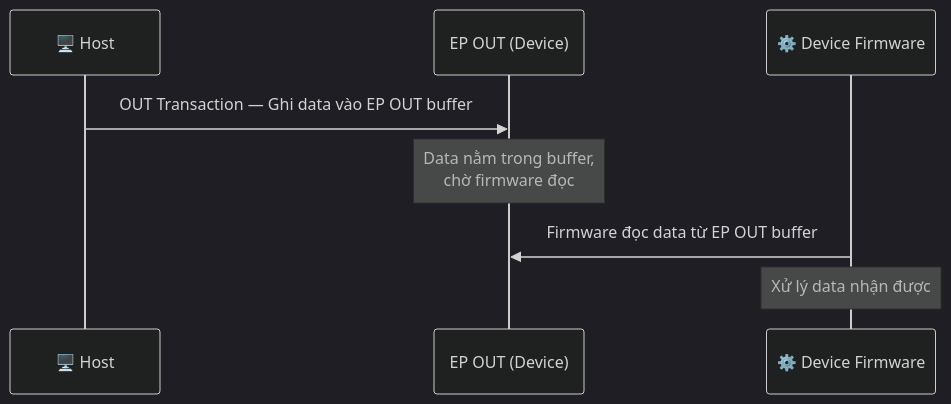
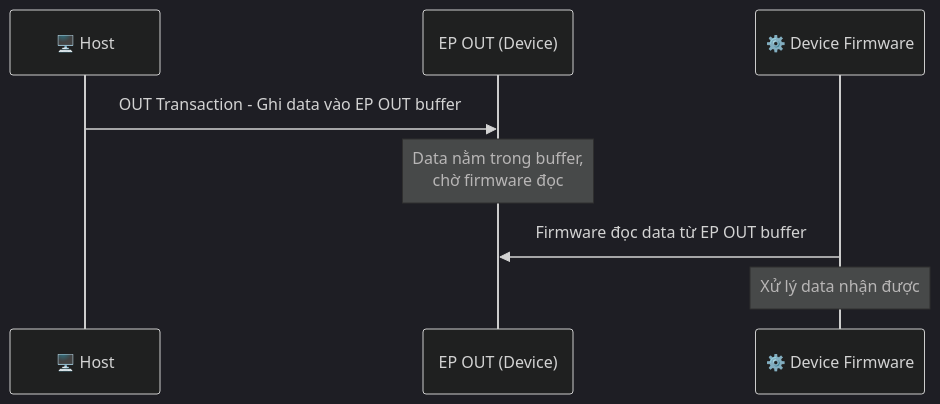
The first of 3 diagrams in Embedded/6. USB/4. endpoint/README.md (Leminuos/tutorials), drawn with Mermaid (dark theme) before and after one commit. The commit also changed other lines of this file and 51 other files, not shown here.

````diff
--- a/Embedded/6. USB/4. endpoint/README.md
+++ b/Embedded/6. USB/4. endpoint/README.md
@@ -103,11 +103,11 @@
 ```mermaid
 sequenceDiagram
     participant H as 🖥️ Host
     participant EP as EP OUT (Device)
     participant FW as ⚙️ Device Firmware
 
-    H->>EP: OUT Transaction — Ghi data vào EP OUT buffer
+    H->>EP: OUT Transaction - Ghi data vào EP OUT buffer
     Note over EP: Data nằm trong buffer,<br/>chờ firmware đọc
     FW->>EP: Firmware đọc data từ EP OUT buffer
     Note over FW: Xử lý data nhận được
 ```
````
